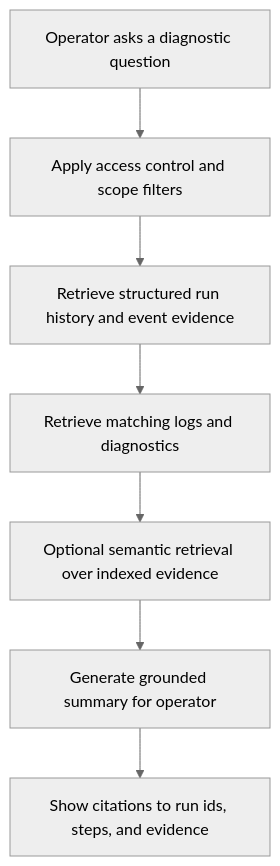
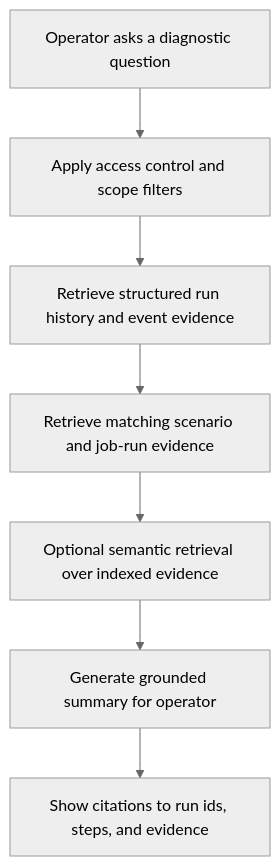
One commit to kbalanandam/spring-etl-engine changed the diagram in docs/architecture/ai-assisted-operations-intelligence.md. Above: the diagram before and after it, drawn with Mermaid (neutral theme). The commit also changed other lines of this file and 30 other files, not shown here.

````diff
--- a/docs/architecture/ai-assisted-operations-intelligence.md
+++ b/docs/architecture/ai-assisted-operations-intelligence.md
@@ -49,9 +50,9 @@
 ```mermaid
 flowchart TD
     A[Operator asks a diagnostic question] --> B[Apply access control and scope filters]
     B --> C[Retrieve structured run history and event evidence]
-    C --> D[Retrieve matching logs and diagnostics]
+    C --> D[Retrieve matching scenario and job-run evidence]
     D --> E[Optional semantic retrieval over indexed evidence]
     E --> F[Generate grounded summary for operator]
     F --> G[Show citations to run ids, steps, and evidence]
 ```
````
